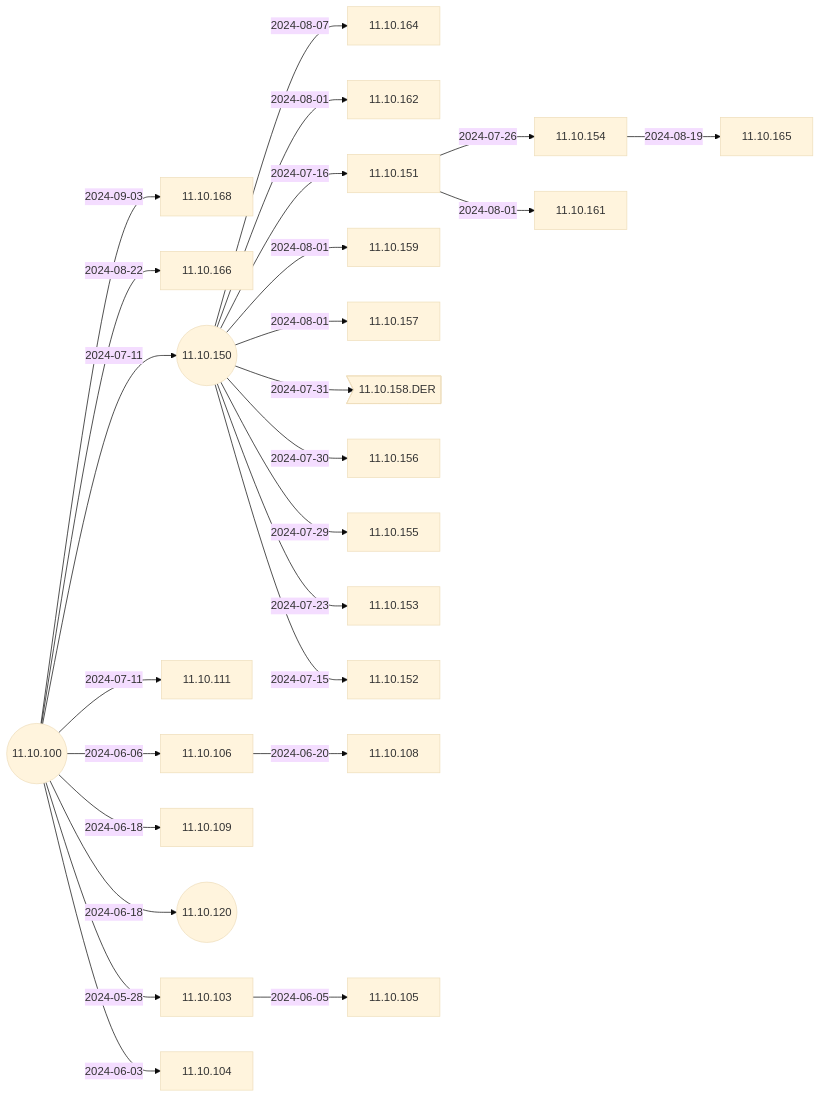
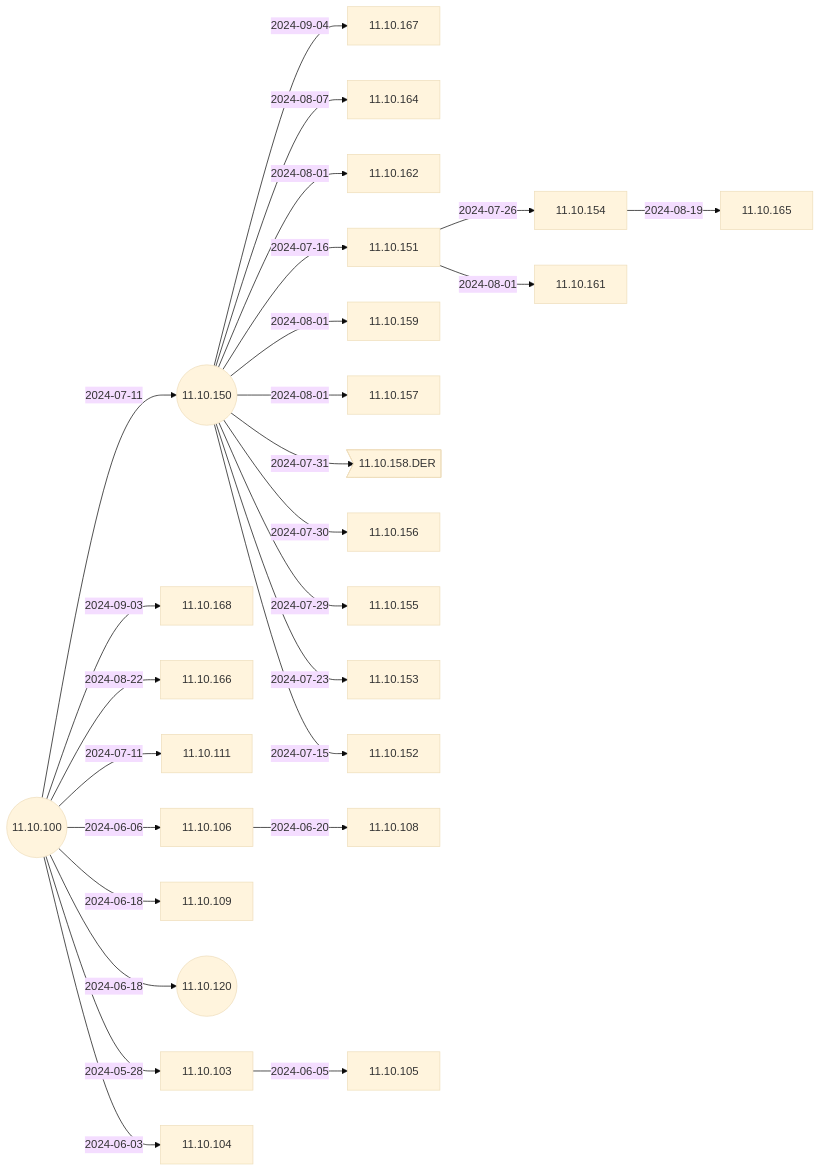
The second of 6 diagrams in docs/Docs/ReleaseNotes/01-OS11/README.md (IGEL-Community/IGEL-Docs-v02), drawn with Mermaid (base theme) before and after one commit. The commit also changed 2 other files, not shown here.

Commit message:
11.10.167 < 11.10.150 11.10.167 < 11.10.150

````diff
--- a/docs/Docs/ReleaseNotes/01-OS11/README.md
+++ b/docs/Docs/ReleaseNotes/01-OS11/README.md
@@ -41,53 +41,55 @@
 ```mermaid
 flowchart LR
+    11.10.150-- 2024-09-04 -->11.10.167
     11.10.100-- 2024-09-03 -->11.10.168
     11.10.100-- 2024-08-22 -->11.10.166
     11.10.154-- 2024-08-19 -->11.10.165
     11.10.150-- 2024-08-07 -->11.10.164
     11.10.150-- 2024-08-01 -->11.10.162
     11.10.151-- 2024-08-01 -->11.10.161
     11.10.150-- 2024-08-01 -->11.10.159
     11.10.150-- 2024-08-01 -->11.10.157
     11.10.150-- 2024-07-31 -->11.10.158.DER>11.10.158.DER]
     11.10.150-- 2024-07-30 -->11.10.156
     11.10.150-- 2024-07-29 -->11.10.155
     11.10.151-- 2024-07-26 -->11.10.154
     11.10.150-- 2024-07-23 -->11.10.153
     11.10.150-- 2024-07-16 -->11.10.151
     11.10.150-- 2024-07-15 -->11.10.152
     11.10.100-- 2024-07-11 -->11.10.150((11.10.150))
     11.10.100-- 2024-07-11 -->11.10.111
     11.10.106-- 2024-06-20 -->11.10.108
     11.10.100-- 2024-06-18 -->11.10.109
     11.10.100-- 2024-06-18 -->11.10.120((11.10.120))
     11.10.100-- 2024-06-06 -->11.10.106
     11.10.103-- 2024-06-05 -->11.10.105
     11.10.100-- 2024-06-03 -->11.10.104
     11.10.100-- 2024-05-28 -->11.10.103
     11.10.100((11.10.100))
+    click 11.10.167 "https://github.com/IGEL-Community/IGEL-Docs-v02/tree/main/docs/Docs/ReleaseNotes/01-OS11/readme11.10.167.txt" _blank
     click 11.10.168 "https://github.com/IGEL-Community/IGEL-Docs-v02/tree/main/docs/Docs/ReleaseNotes/01-OS11/readme11.10.168.txt" _blank
     click 11.10.166 "https://github.com/IGEL-Community/IGEL-Docs-v02/tree/main/docs/Docs/ReleaseNotes/01-OS11/readme11.10.166.txt" _blank
     click 11.10.165 "https://github.com/IGEL-Community/IGEL-Docs-v02/tree/main/docs/Docs/ReleaseNotes/01-OS11/readme11.10.165.txt" _blank
     click 11.10.164 "https://github.com/IGEL-Community/IGEL-Docs-v02/tree/main/docs/Docs/ReleaseNotes/01-OS11/readme11.10.164.txt" _blank
     click 11.10.162 "https://github.com/IGEL-Community/IGEL-Docs-v02/tree/main/docs/Docs/ReleaseNotes/01-OS11/readme11.10.162.txt" _blank
     click 11.10.161 "https://github.com/IGEL-Community/IGEL-Docs-v02/tree/main/docs/Docs/ReleaseNotes/01-OS11/readme11.10.161.txt" _blank
     click 11.10.159 "https://github.com/IGEL-Community/IGEL-Docs-v02/tree/main/docs/Docs/ReleaseNotes/01-OS11/readme11.10.159.txt" _blank
     click 11.10.157 "https://github.com/IGEL-Community/IGEL-Docs-v02/tree/main/docs/Docs/ReleaseNotes/01-OS11/readme11.10.157.txt" _blank
     click 11.10.158.DER "https://github.com/IGEL-Community/IGEL-Docs-v02/tree/main/docs/Docs/ReleaseNotes/01-OS11/readme11.10.158.DER.txt" _blank
     click 11.10.156 "https://github.com/IGEL-Community/IGEL-Docs-v02/tree/main/docs/Docs/ReleaseNotes/01-OS11/readme11.10.156.txt" _blank
     click 11.10.155 "https://github.com/IGEL-Community/IGEL-Docs-v02/tree/main/docs/Docs/ReleaseNotes/01-OS11/readme11.10.155.txt" _blank
     click 11.10.154 "https://github.com/IGEL-Community/IGEL-Docs-v02/tree/main/docs/Docs/ReleaseNotes/01-OS11/readme11.10.154.txt" _blank
     click 11.10.153 "https://github.com/IGEL-Community/IGEL-Docs-v02/tree/main/docs/Docs/ReleaseNotes/01-OS11/readme11.10.153.txt" _blank
     click 11.10.151 "https://github.com/IGEL-Community/IGEL-Docs-v02/tree/main/docs/Docs/ReleaseNotes/01-OS11/readme11.10.151.txt" _blank
     click 11.10.152 "https://github.com/IGEL-Community/IGEL-Docs-v02/tree/main/docs/Docs/ReleaseNotes/01-OS11/readme11.10.152.txt" _blank
     click 11.10.111 "https://github.com/IGEL-Community/IGEL-Docs-v02/tree/main/docs/Docs/ReleaseNotes/01-OS11/readme11.10.111.txt" _blank
     click 11.10.150 "https://github.com/IGEL-Community/IGEL-Docs-v02/tree/main/docs/Docs/ReleaseNotes/01-OS11/readme11.10.150.txt" _blank
     click 11.10.108 "https://github.com/IGEL-Community/IGEL-Docs-v02/tree/main/docs/Docs/ReleaseNotes/01-OS11/readme11.10.108.txt" _blank
     click 11.10.109 "https://github.com/IGEL-Community/IGEL-Docs-v02/tree/main/docs/Docs/ReleaseNotes/01-OS11/readme11.10.109.txt" _blank
     click 11.10.120 "https://github.com/IGEL-Community/IGEL-Docs-v02/tree/main/docs/Docs/ReleaseNotes/01-OS11/readme11.10.120.txt" _blank
     click 11.10.106 "https://github.com/IGEL-Community/IGEL-Docs-v02/tree/main/docs/Docs/ReleaseNotes/01-OS11/readme11.10.106.txt" _blank
     click 11.10.105 "https://github.com/IGEL-Community/IGEL-Docs-v02/tree/main/docs/Docs/ReleaseNotes/01-OS11/readme11.10.105.txt" _blank
     click 11.10.104 "https://github.com/IGEL-Community/IGEL-Docs-v02/tree/main/docs/Docs/ReleaseNotes/01-OS11/readme11.10.104.txt" _blank
     click 11.10.103 "https://github.com/IGEL-Community/IGEL-Docs-v02/tree/main/docs/Docs/ReleaseNotes/01-OS11/readme11.10.103.txt" _blank
     click 11.10.100 "https://github.com/IGEL-Community/IGEL-Docs-v02/tree/main/docs/Docs/ReleaseNotes/01-OS11/readme11.10.100.txt" _blank
 ```
````
